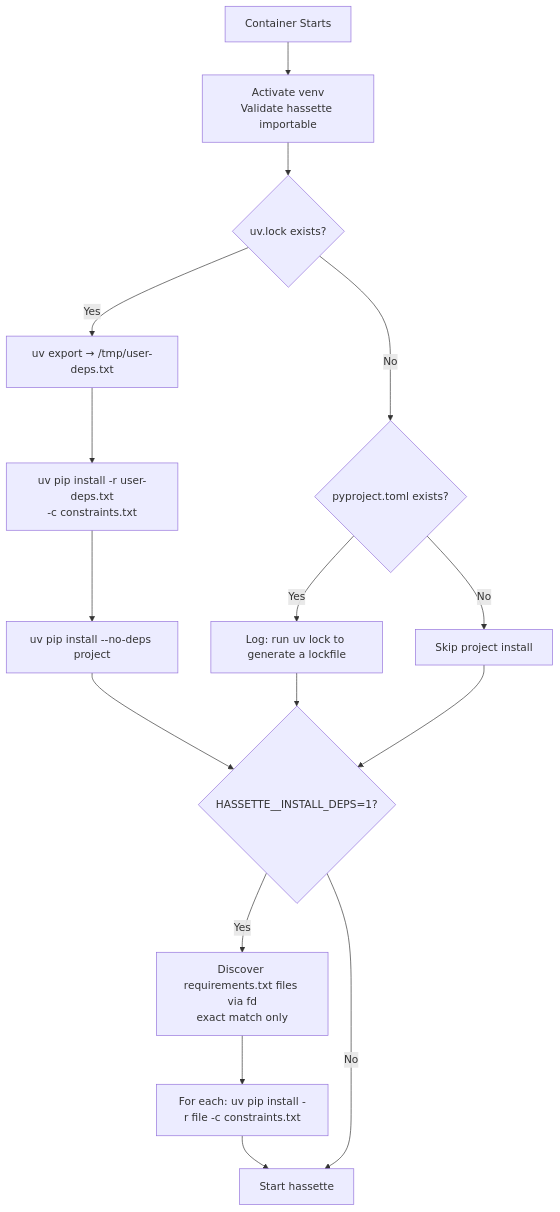
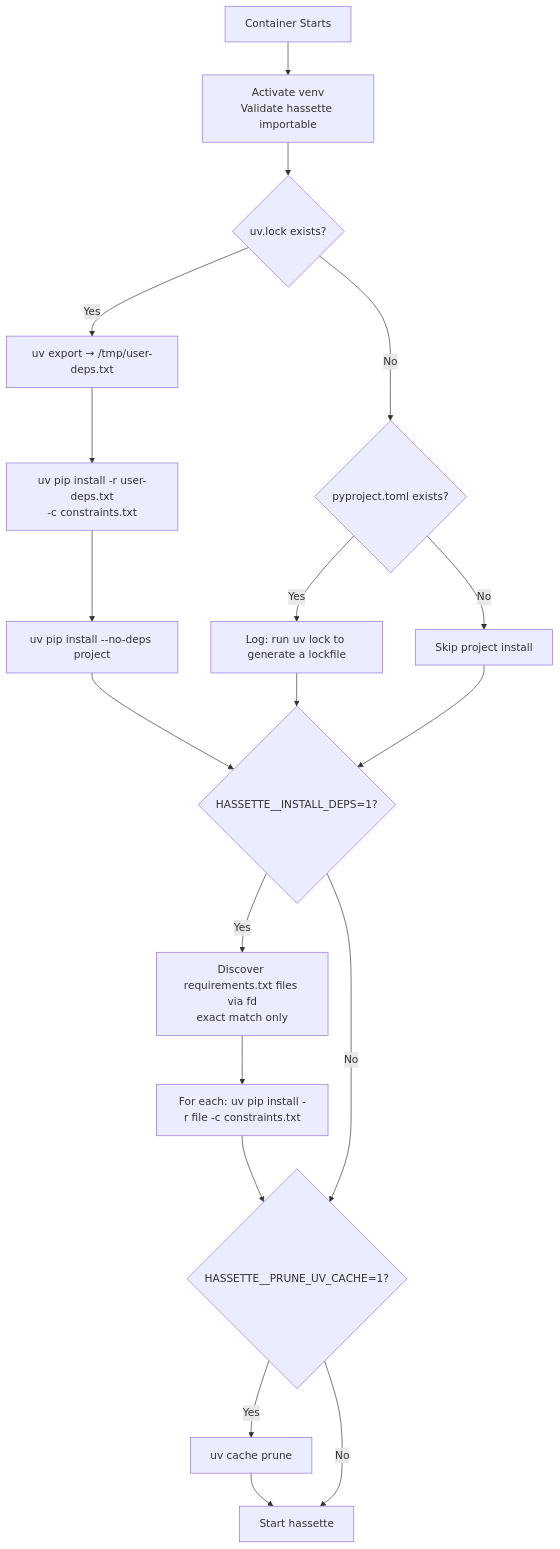
One commit to NodeJSmith/hassette changed the diagram in docs/pages/getting-started/docker/snippets/deps-startup-flow.mmd. Above: the diagram before and after it, drawn with Mermaid. The commit also changed 2 other files, not shown here.

Commit message:
fix(docker): prune uv cache on startup to prevent unbounded volume growth
Add `uv cache prune` to docker_start.sh before exec, controlled by
HASSETTE__PRUNE_UV_CACHE env var (default: 1). Prevents the /uv_cache
Docker volume from growing unbounded across container restarts.

Closes #538

```diff
--- a/docs/pages/getting-started/docker/snippets/deps-startup-flow.mmd
+++ b/docs/pages/getting-started/docker/snippets/deps-startup-flow.mmd
@@ -1,16 +1,19 @@
 graph TD
     A[Container Starts] --> B[Activate venv\nValidate hassette importable]
     B --> C{uv.lock exists?}
     C -->|Yes| D[uv export → /tmp/user-deps.txt]
     D --> E[uv pip install -r user-deps.txt\n-c constraints.txt]
     E --> F[uv pip install --no-deps project]
     C -->|No| G{pyproject.toml exists?}
     G -->|Yes| H[Log: run uv lock to generate a lockfile]
     G -->|No| I[Skip project install]
     F --> J{HASSETTE__INSTALL_DEPS=1?}
     H --> J
     I --> J
     J -->|Yes| K[Discover requirements.txt files via fd\nexact match only]
     K --> L[For each: uv pip install -r file -c constraints.txt]
-    L --> M[Start hassette]
-    J -->|No| M
+    L --> N{HASSETTE__PRUNE_UV_CACHE=1?}
+    J -->|No| N
+    N -->|Yes| O[uv cache prune]
+    O --> M[Start hassette]
+    N -->|No| M
```
